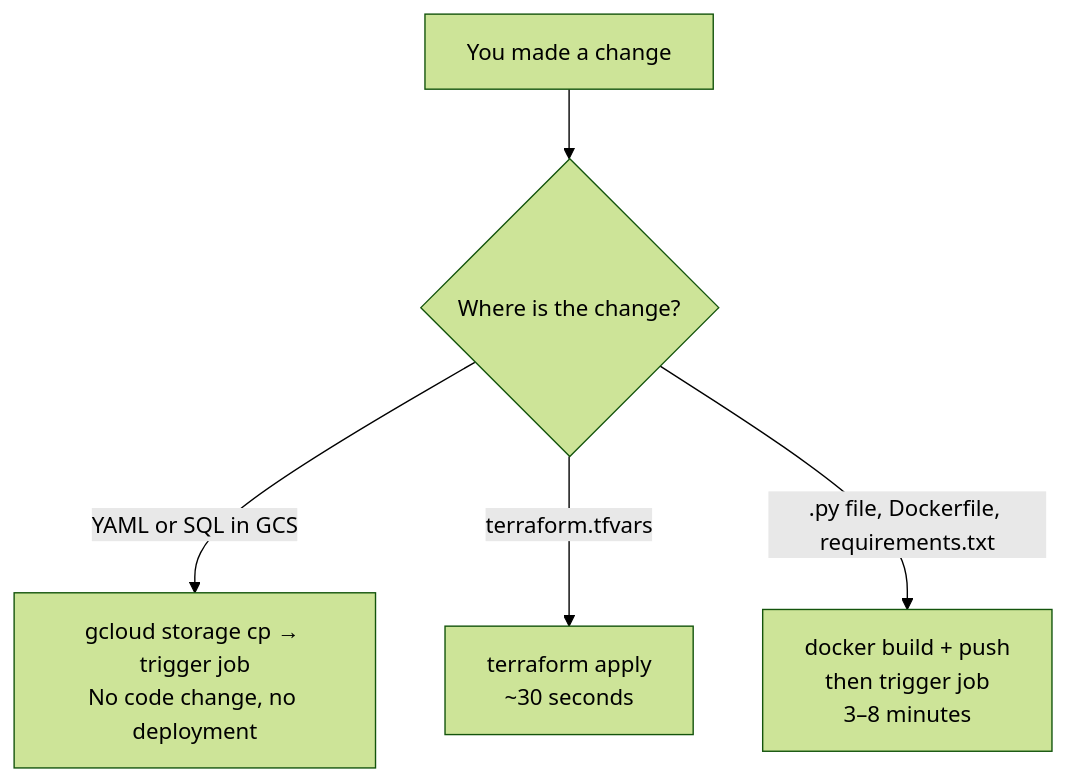
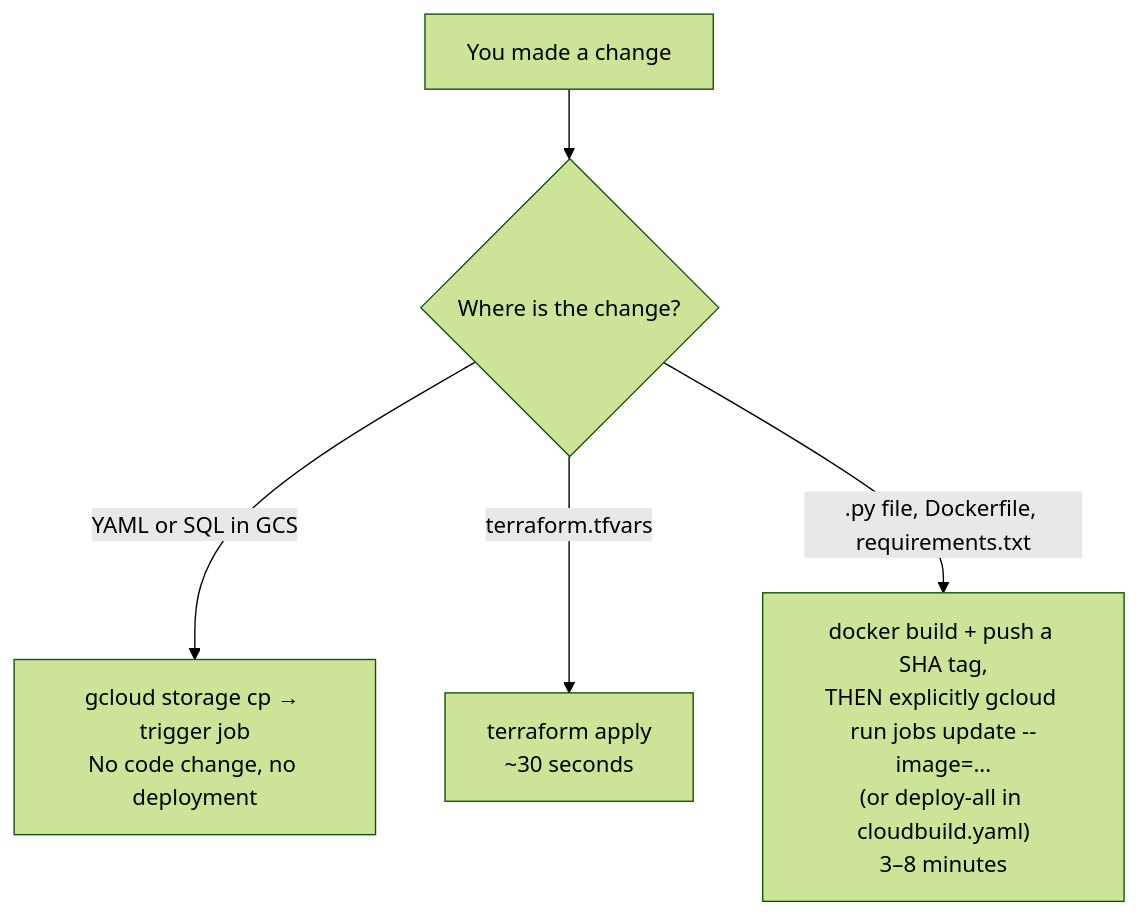
The fifth of 5 diagrams in docs/FRONTEND_GUIDE.md (Parasol-Group-Inc/plex-to-big-query), drawn with Mermaid (forest theme) before and after one commit. The commit also changed other lines of this file, not shown here.

First line of the commit message:
docs: fix FRONTEND_GUIDE's real deploy bug and single-job framing

````diff
--- a/docs/FRONTEND_GUIDE.md
+++ b/docs/FRONTEND_GUIDE.md
@@ -296,7 +312,7 @@
 ```mermaid
 flowchart TD
     change[You made a change] --> q1{Where is the change?}
     q1 -->|YAML or SQL in GCS| gcs["gcloud storage cp → trigger job\nNo code change, no deployment"]
     q1 -->|terraform.tfvars| apply["terraform apply\n~30 seconds"]
-    q1 -->|.py file, Dockerfile, requirements.txt| rebuild["docker build + push\nthen trigger job\n3–8 minutes"]
+    q1 -->|.py file, Dockerfile, requirements.txt| rebuild["docker build + push a SHA tag,\nTHEN explicitly gcloud run jobs update --image=...\n(or deploy-all in cloudbuild.yaml)\n3–8 minutes"]
 ```
````
